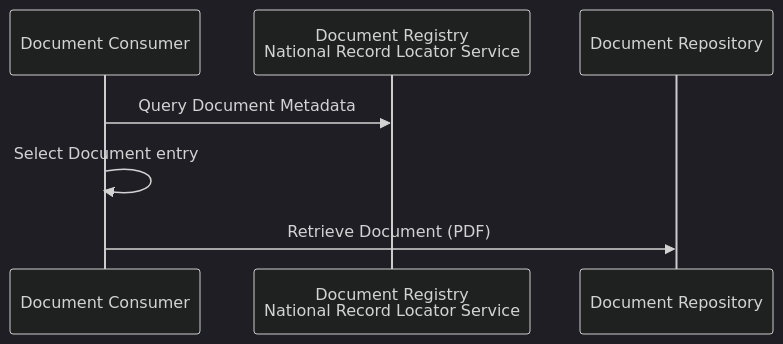
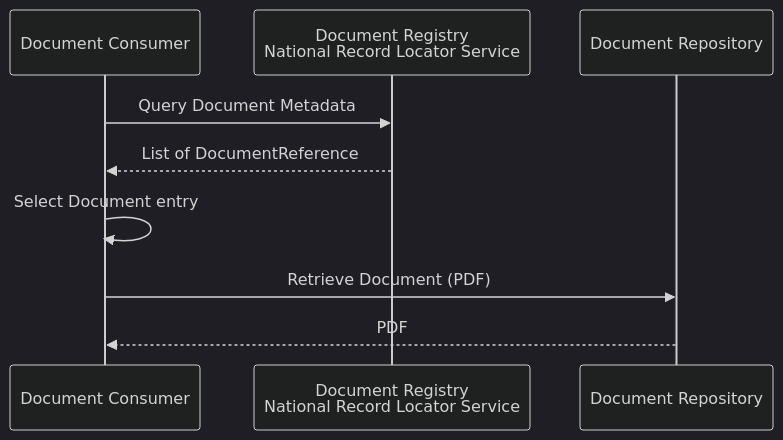
The third of 6 diagrams in input/pagecontent/report-options.md (uk-gov-mirror/nw-gmsa.nw-gmsa.github.com), drawn with Mermaid (dark theme) before and after one commit. The commit also changed other lines of this file, not shown here.

````diff
--- a/input/pagecontent/report-options.md
+++ b/input/pagecontent/report-options.md
@@ -41,10 +44,12 @@
 ```mermaid
 sequenceDiagram
     participant Consumer As Document Consumer
     participant Registry As Document Registry<br/>National Record Locator Service
     participant Repository As Document Repository
 
     Consumer ->> Registry: Query Document Metadata
+    Registry -->> Consumer: List of DocumentReference
     Consumer ->> Consumer: Select Document entry
     Consumer ->> Repository: Retrieve Document (PDF)
+    Repository -->> Consumer: PDF
 ```
````
